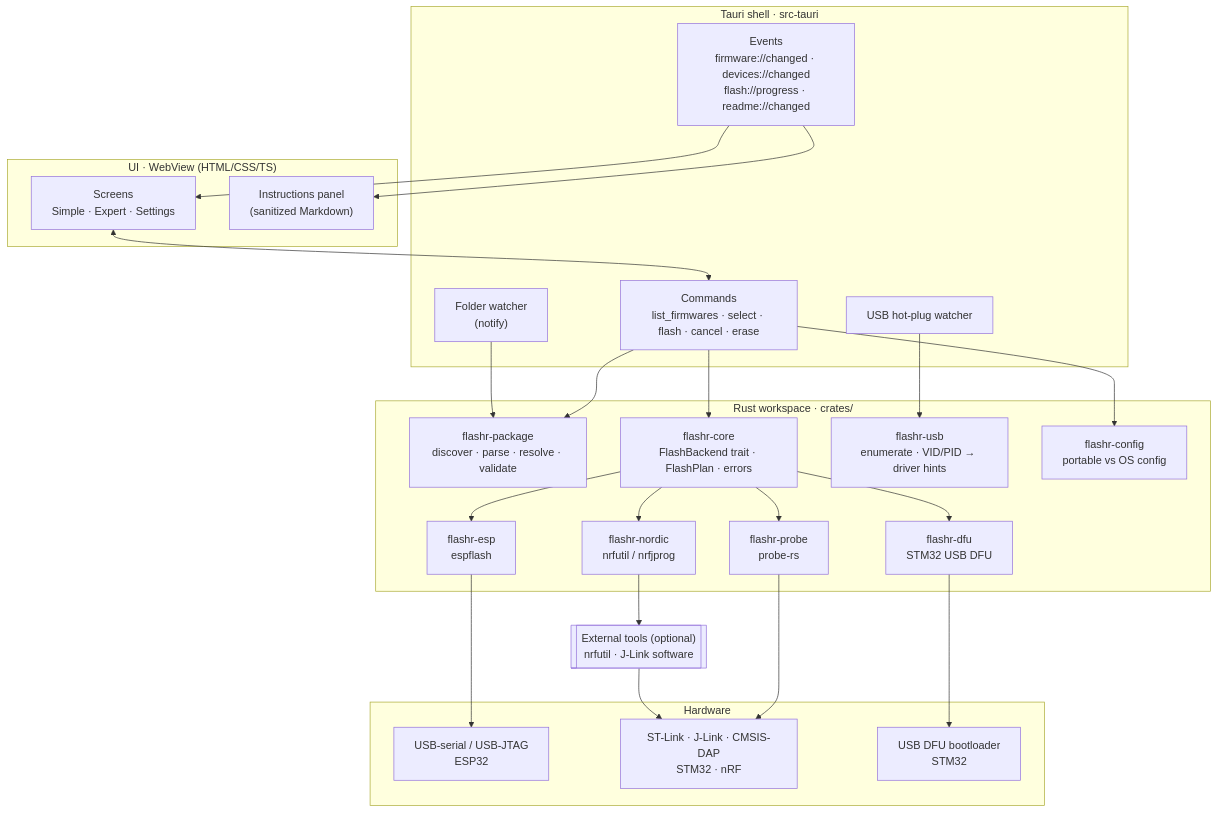
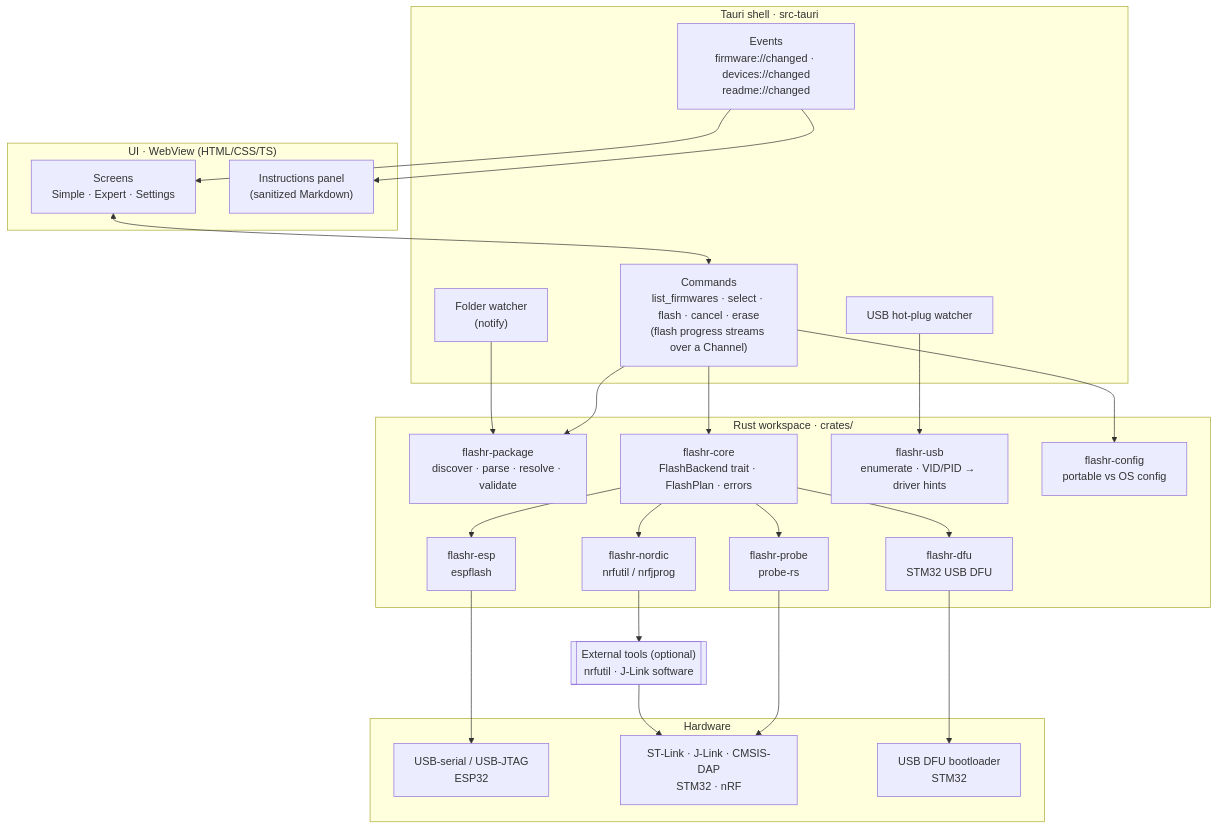
Before and after one commit to loutrx/chip-flashr: the first of 5 diagrams in docs/architecture.md, drawn with Mermaid. The commit also changed other lines of this file and 3 other files, not shown here.

````diff
--- a/docs/architecture.md
+++ b/docs/architecture.md
@@ -9,51 +9,51 @@
 ```mermaid
 flowchart TB
     subgraph ui["UI · WebView (HTML/CSS/TS)"]
         screens["Screens<br/>Simple · Expert · Settings"]
         md["Instructions panel<br/>(sanitized Markdown)"]
     end
 
     subgraph shell["Tauri shell · src-tauri"]
-        cmds["Commands<br/>list_firmwares · select · flash · cancel · erase"]
-        events["Events<br/>firmware://changed · devices://changed<br/>flash://progress · readme://changed"]
+        cmds["Commands<br/>list_firmwares · select · flash · cancel · erase<br/>(flash progress streams over a Channel)"]
+        events["Events<br/>firmware://changed · devices://changed<br/>readme://changed"]
         watch["Folder watcher<br/>(notify)"]
         usbw["USB hot-plug watcher"]
     end
 
     subgraph core["Rust workspace · crates/"]
         pkg["flashr-package<br/>discover · parse · resolve · validate"]
         fcore["flashr-core<br/>FlashBackend trait · FlashPlan · errors"]
         usb["flashr-usb<br/>enumerate · VID/PID → driver hints"]
         cfg["flashr-config<br/>portable vs OS config"]
         esp["flashr-esp<br/>espflash"]
         probe["flashr-probe<br/>probe-rs"]
         dfu["flashr-dfu<br/>STM32 USB DFU"]
         nordic["flashr-nordic<br/>nrfutil / nrfjprog"]
     end
 
     subgraph hw["Hardware"]
         serial["USB-serial / USB-JTAG<br/>ESP32"]
         probes["ST-Link · J-Link · CMSIS-DAP<br/>STM32 · nRF"]
         dfuhw["USB DFU bootloader<br/>STM32"]
     end
 
     ext[["External tools (optional)<br/>nrfutil · J-Link software"]]
 
     screens <--> cmds
     events --> screens
     events --> md
     cmds --> pkg
     cmds --> fcore
     cmds --> cfg
     watch --> pkg
     usbw --> usb
     fcore --> esp
     fcore --> probe
     fcore --> dfu
     fcore --> nordic
     esp --> serial
     probe --> probes
     dfu --> dfuhw
     nordic --> ext
     ext --> probes
 ```
````
